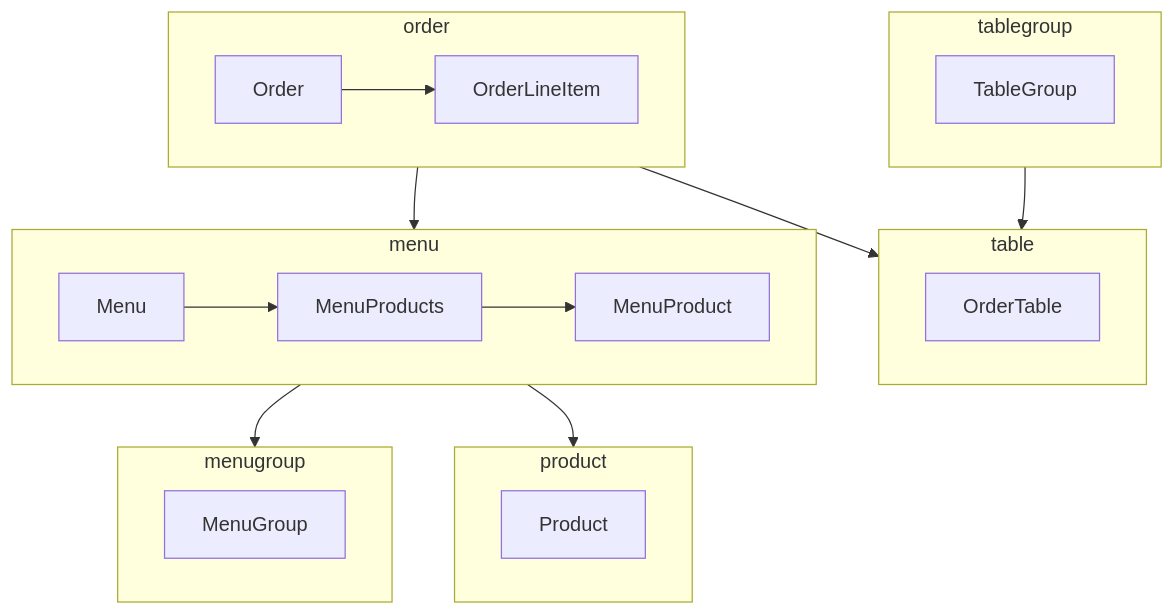
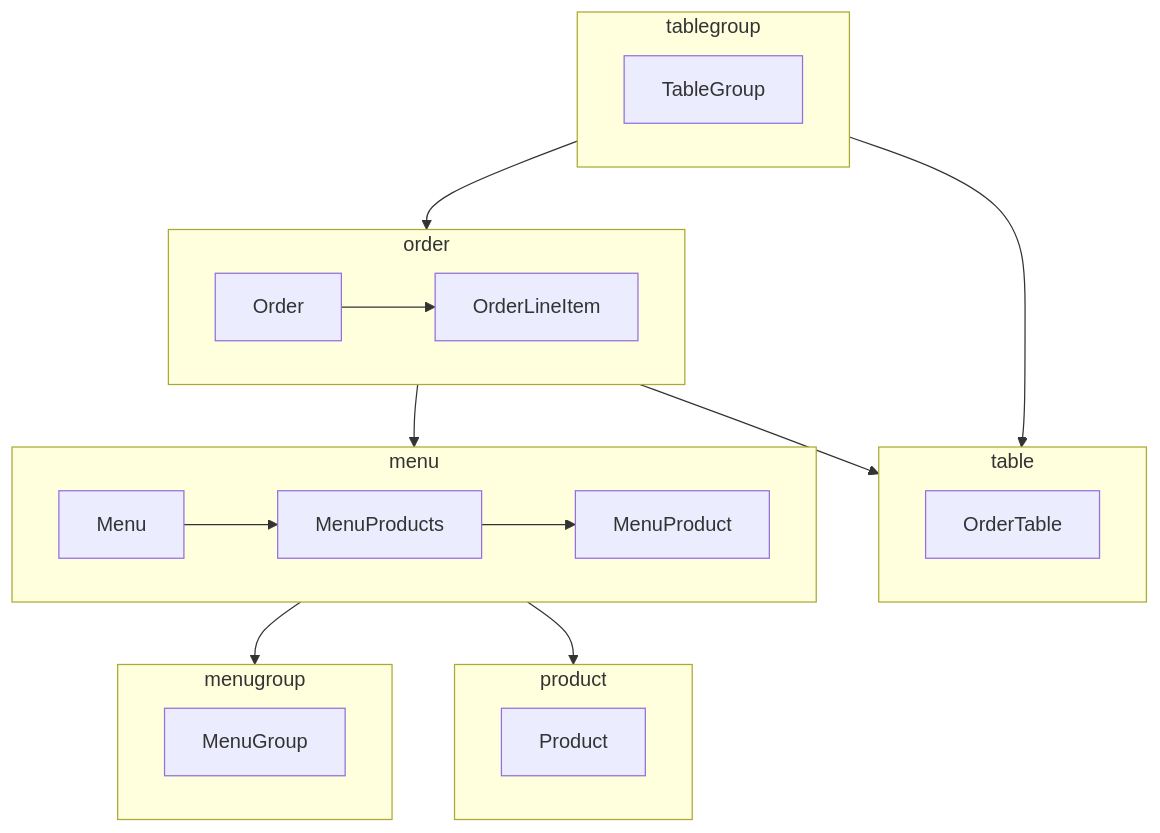
The diagram in README.md (woowacourse/jwp-refactoring), drawn with Mermaid before and after one commit.

Commit message:
[docs] flowchart 수정

````diff
--- a/README.md
+++ b/README.md
@@ -238,27 +238,28 @@
 ```mermaid
 flowchart TB
     subgraph a[tablegroup]
         TableGroup
     end
     subgraph b[table]
         OrderTable
     end
     subgraph c[product]
         Product
     end
     subgraph d[order]
         Order --> OrderLineItem
     end
     subgraph f[menugroup]
         MenuGroup
     end
     subgraph g[menu]
         Menu --> MenuProducts --> MenuProduct
     end
 
     g --> f
     g --> c
     d --> g
     d --> b
     a --> b
+    a --> d
 ```
````
